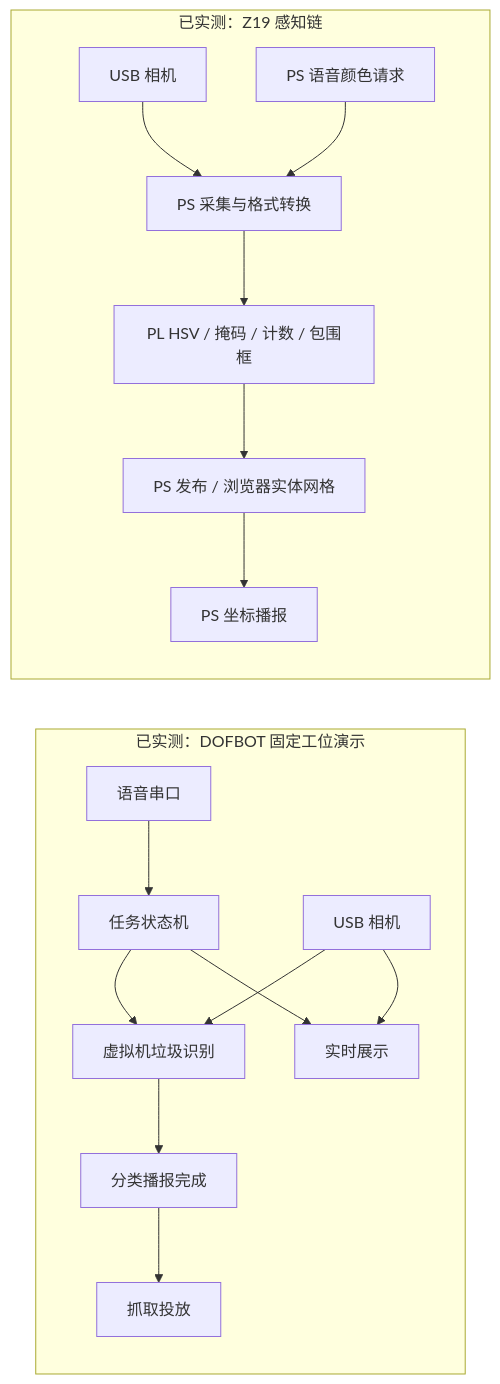
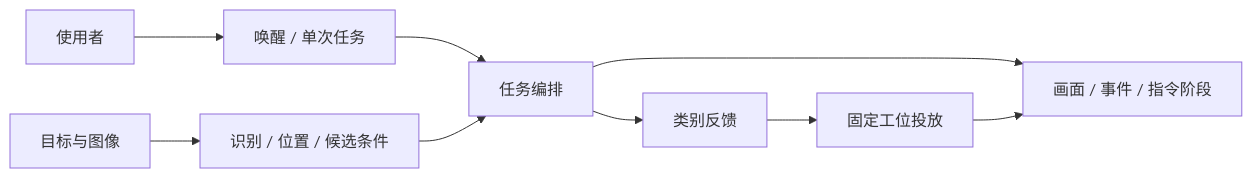
Before and after one commit to Citlali6/VisionGrasp-Z19: the diagram in README.md, drawn with Mermaid. The commit also changed other lines of this file and 28 other files, not shown here.

````diff
--- a/README.md
+++ b/README.md
@@ -26,19 +31,11 @@
 ```mermaid
 flowchart LR
-    subgraph D[已实测：DOFBOT 固定工位演示]
-      DV[语音串口] --> DT[任务状态机]
-      DC[USB 相机] --> DY[虚拟机垃圾识别]
-      DT --> DY
-      DY --> DA[分类播报完成]
-      DA --> DM[抓取投放]
-      DT --> DU[实时展示]
-      DC --> DU
-    end
-    subgraph F[已实测：Z19 感知链]
-      FC[USB 相机] --> FP[PS 采集与格式转换]
-      FP --> FL[PL HSV / 掩码 / 计数 / 包围框]
-      FL --> FB[PS 发布 / 浏览器实体网格]
-      FV[PS 语音颜色请求] --> FP
-      FB --> FT[PS 坐标播报]
-    end
+    USER[使用者] --> VOICE[唤醒 / 单次任务]
+    CAMERA[目标与图像] --> PERCEPTION[识别 / 位置 / 候选条件]
+    VOICE --> TASK[任务编排]
+    PERCEPTION --> TASK
+    TASK --> SPEAK[类别反馈]
+    SPEAK --> ACT[固定工位投放]
+    TASK --> VIEW[画面 / 事件 / 指令阶段]
+    ACT --> VIEW
 ```
````
